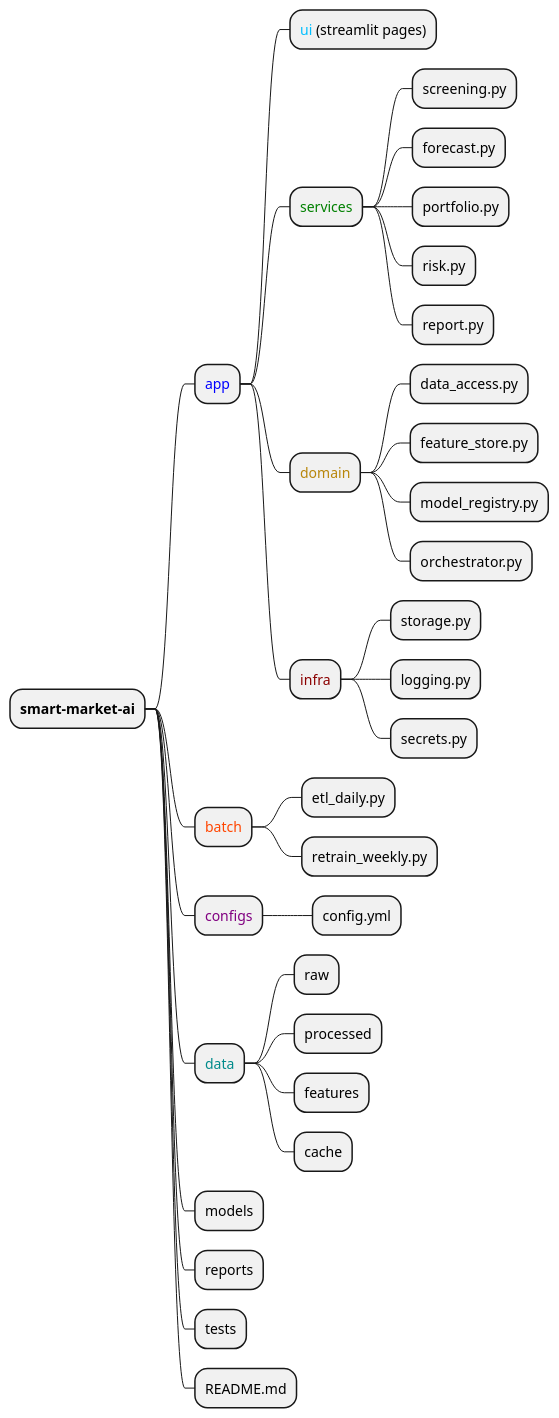
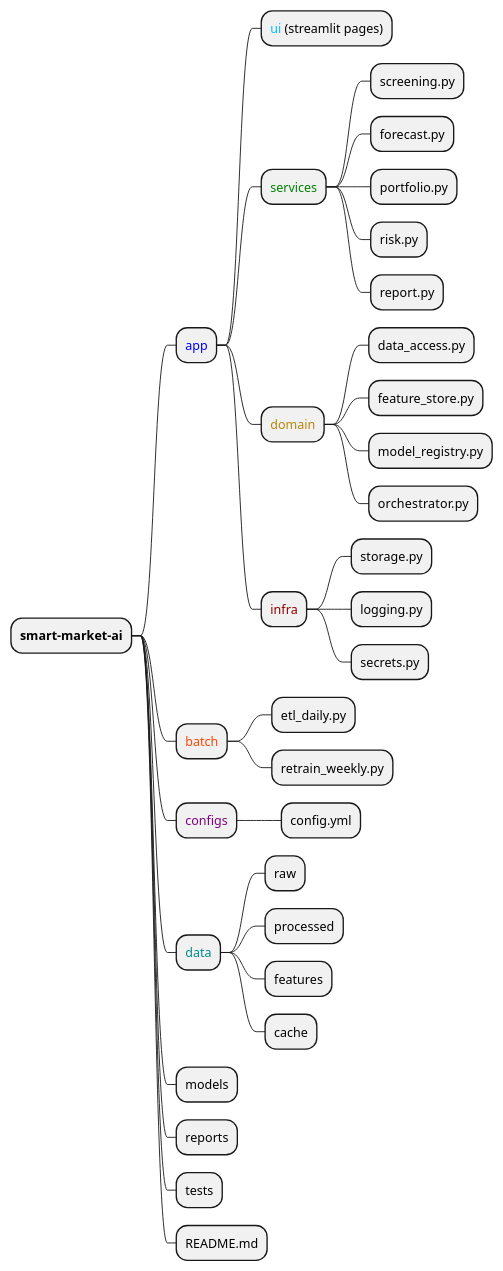
Before and after one commit to yuki-godzilla/Smart_Market_AI: the third of 3 diagrams in Documents/02.System_design.md, drawn with PlantUML. The commit also changed other lines of this file and 1 other file, not shown here.

````diff
--- a/Documents/02.System_design.md
+++ b/Documents/02.System_design.md
@@ -274,36 +276,37 @@
 ```plantuml
 @startmindmap
 * <b><color:Black>smart-market-ai</color></b>
 ** <color:Blue>app</color>
 *** <color:DeepSkyBlue>ui</color> (streamlit pages)
 *** <color:Green>services</color>
 **** screening.py
 **** forecast.py
 **** portfolio.py
 **** risk.py
 **** report.py
 *** <color:DarkGoldenRod>domain</color>
 **** data_access.py
 **** feature_store.py
 **** model_registry.py
 **** orchestrator.py
 *** <color:DarkRed>infra</color>
 **** storage.py
 **** logging.py
 **** secrets.py
 ** <color:OrangeRed>batch</color>
 *** etl_daily.py
 *** retrain_weekly.py
 ** <color:Purple>configs</color>
 *** config.yml
 ** <color:DarkCyan>data</color>
 *** raw
 *** processed
 *** features
 *** cache
 ** models
 ** reports
 ** tests
 ** README.md
+scale 500 width
 @endmindmap
 ```
````
